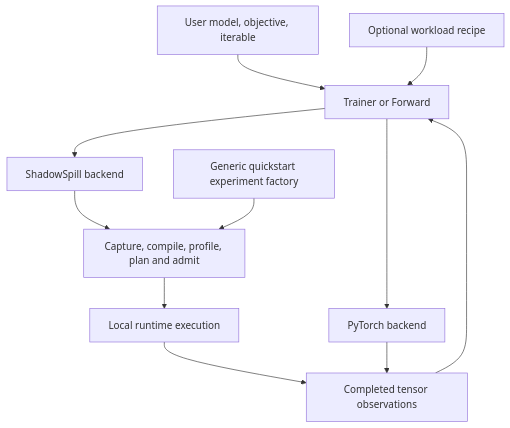
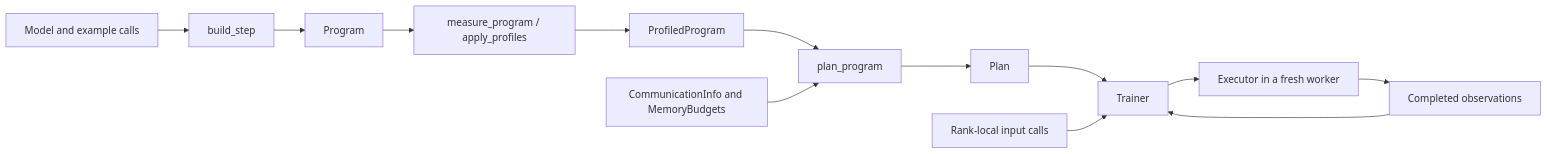
Before and after one commit to als244/shadowspill: the diagram in docs/architecture/training.md, drawn with Mermaid. The commit also changed other lines of this file and 3 other files, not shown here.

````diff
--- a/docs/architecture/training.md
+++ b/docs/architecture/training.md
@@ -6,13 +7,15 @@
 ```mermaid
-flowchart TD
-    U[User model, objective, iterable] --> T[Trainer or Forward]
-    R[Optional workload recipe] --> T
-    T --> P[PyTorch backend]
-    T --> S[ShadowSpill backend]
-    S --> L[Capture, compile, profile, plan and admit]
-    L --> E[Local runtime execution]
-    Q[Generic quickstart experiment factory] --> L
-    O[Completed tensor observations] --> T
-    E --> O
-    P --> O
+flowchart LR
+    M[Model and example calls] --> B[build_step]
+    B --> P[Program]
+    P --> V[measure_program / apply_profiles]
+    V --> PP[ProfiledProgram]
+    PP --> S[plan_program]
+    C[CommunicationInfo and MemoryBudgets] --> S
+    S --> EP[Plan]
+    EP --> T[Trainer]
+    T --> E[Executor in a fresh worker]
+    D[Rank-local input calls] --> T
+    E --> O[Completed observations]
+    O --> T
 ```
````
